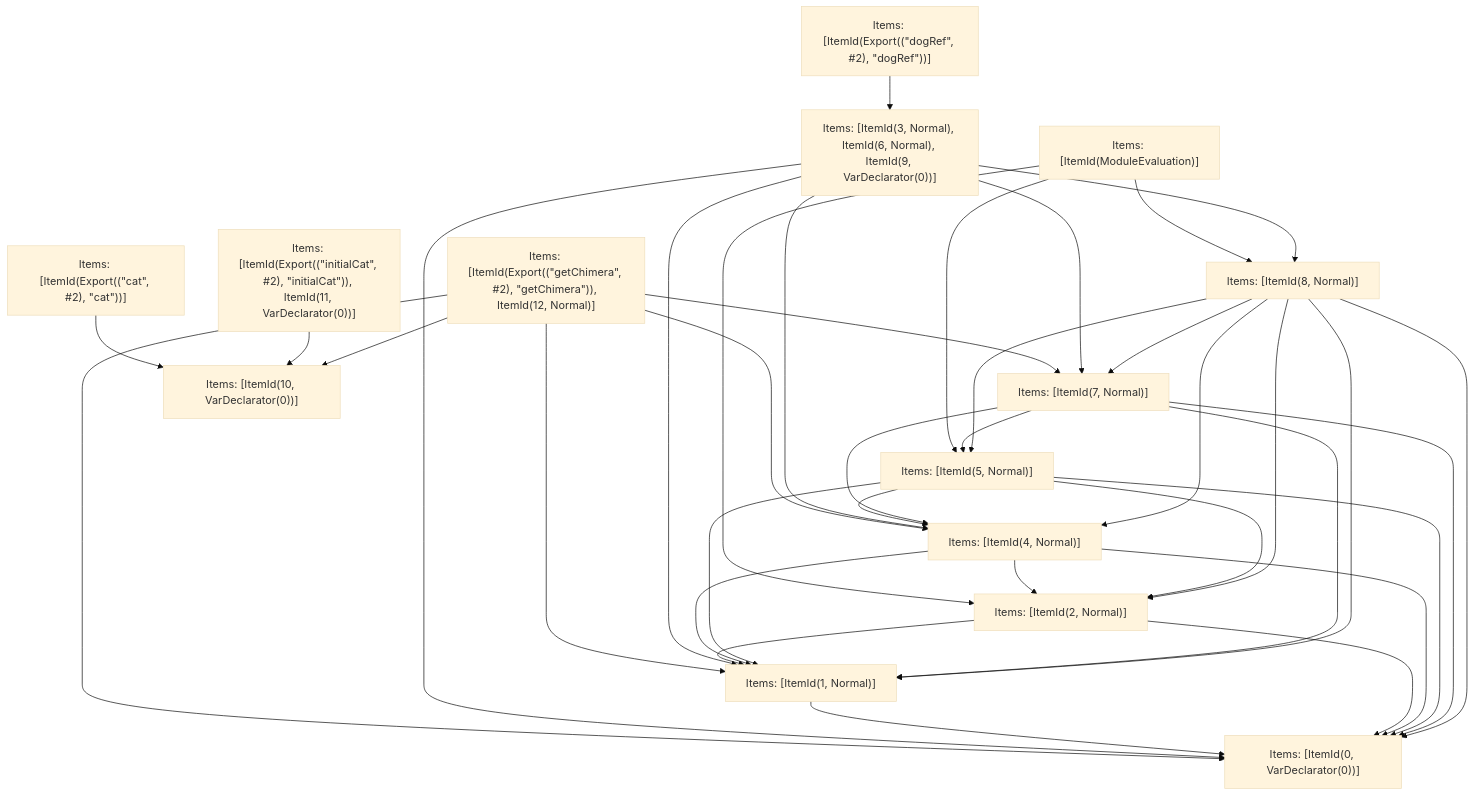
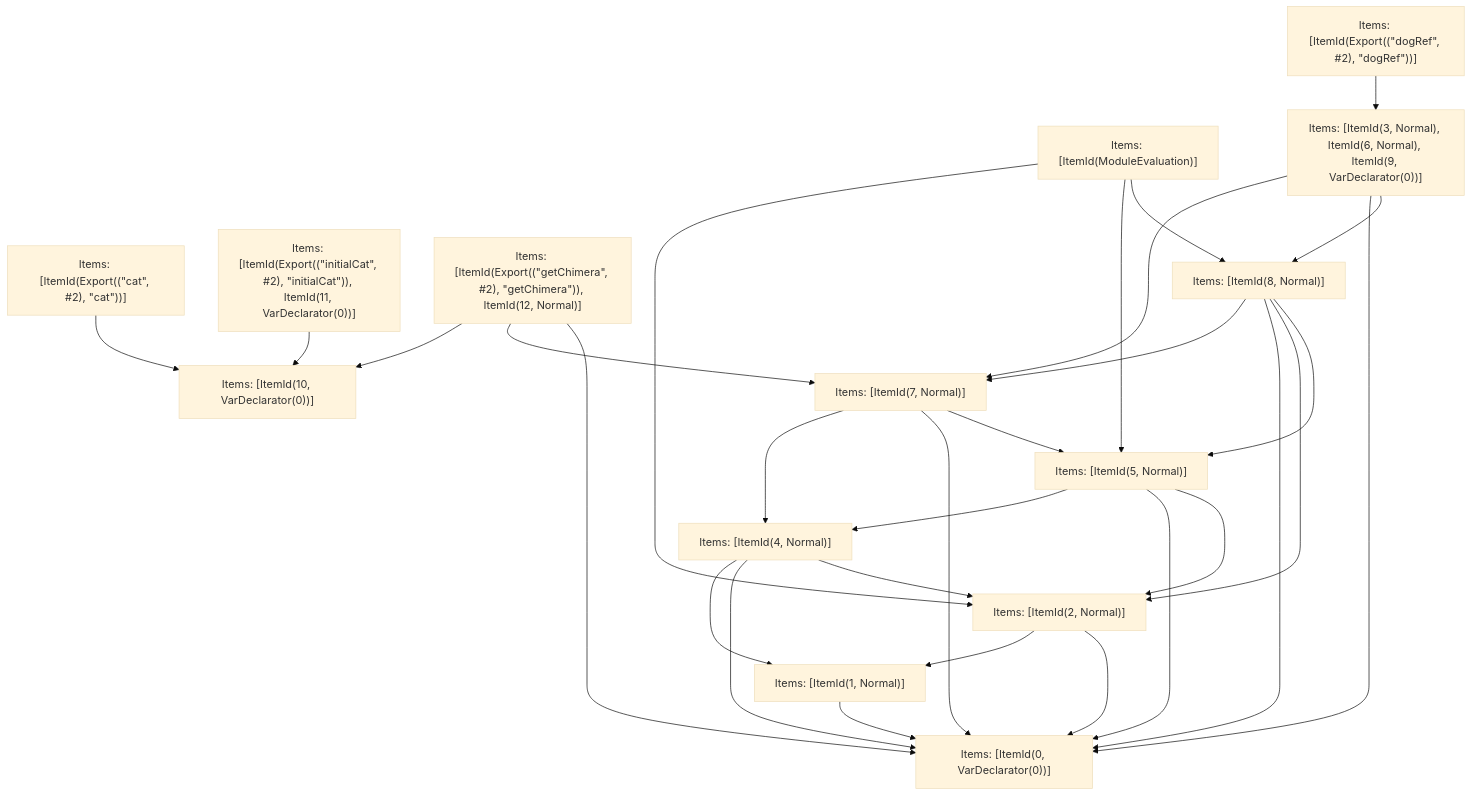
Before and after one commit to vercel/turborepo: the fifth of 5 diagrams in crates/turbopack-ecmascript/tests/tree-shaker/analyzer/complex/output.md, drawn with Mermaid (base theme). The commit also changed other lines of this file and 32 other files, not shown here.

````diff
--- a/crates/turbopack-ecmascript/tests/tree-shaker/analyzer/complex/output.md
+++ b/crates/turbopack-ecmascript/tests/tree-shaker/analyzer/complex/output.md
@@ -382,53 +356,45 @@
 ```mermaid
 graph TD
     N0["Items: [ItemId(ModuleEvaluation)]"];
     N1["Items: [ItemId(Export((&quot;dogRef&quot;, #2), &quot;dogRef&quot;))]"];
     N2["Items: [ItemId(Export((&quot;cat&quot;, #2), &quot;cat&quot;))]"];
     N3["Items: [ItemId(Export((&quot;initialCat&quot;, #2), &quot;initialCat&quot;)), ItemId(11, VarDeclarator(0))]"];
     N4["Items: [ItemId(Export((&quot;getChimera&quot;, #2), &quot;getChimera&quot;)), ItemId(12, Normal)]"];
     N5["Items: [ItemId(3, Normal), ItemId(6, Normal), ItemId(9, VarDeclarator(0))]"];
     N6["Items: [ItemId(0, VarDeclarator(0))]"];
     N7["Items: [ItemId(1, Normal)]"];
     N8["Items: [ItemId(2, Normal)]"];
     N9["Items: [ItemId(4, Normal)]"];
     N10["Items: [ItemId(5, Normal)]"];
     N11["Items: [ItemId(7, Normal)]"];
     N12["Items: [ItemId(8, Normal)]"];
     N13["Items: [ItemId(10, VarDeclarator(0))]"];
     N0 --> N8;
     N0 --> N10;
     N0 --> N12;
     N1 --> N5;
     N2 --> N13;
     N3 --> N13;
     N4 --> N13;
+    N4 --> N11;
     N4 --> N6;
-    N4 --> N7;
-    N4 --> N9;
-    N4 --> N11;
+    N5 --> N11;
     N5 --> N6;
-    N5 --> N7;
-    N5 --> N9;
-    N5 --> N11;
     N5 --> N12;
     N7 --> N6;
+    N8 --> N7;
     N8 --> N6;
-    N8 --> N7;
+    N9 --> N7;
     N9 --> N6;
-    N9 --> N7;
     N9 --> N8;
+    N10 --> N9;
     N10 --> N6;
-    N10 --> N7;
-    N10 --> N9;
     N10 --> N8;
+    N11 --> N9;
     N11 --> N6;
-    N11 --> N7;
-    N11 --> N9;
     N11 --> N10;
+    N12 --> N11;
     N12 --> N6;
-    N12 --> N7;
-    N12 --> N9;
-    N12 --> N11;
     N12 --> N8;
     N12 --> N10;
 ```
````
